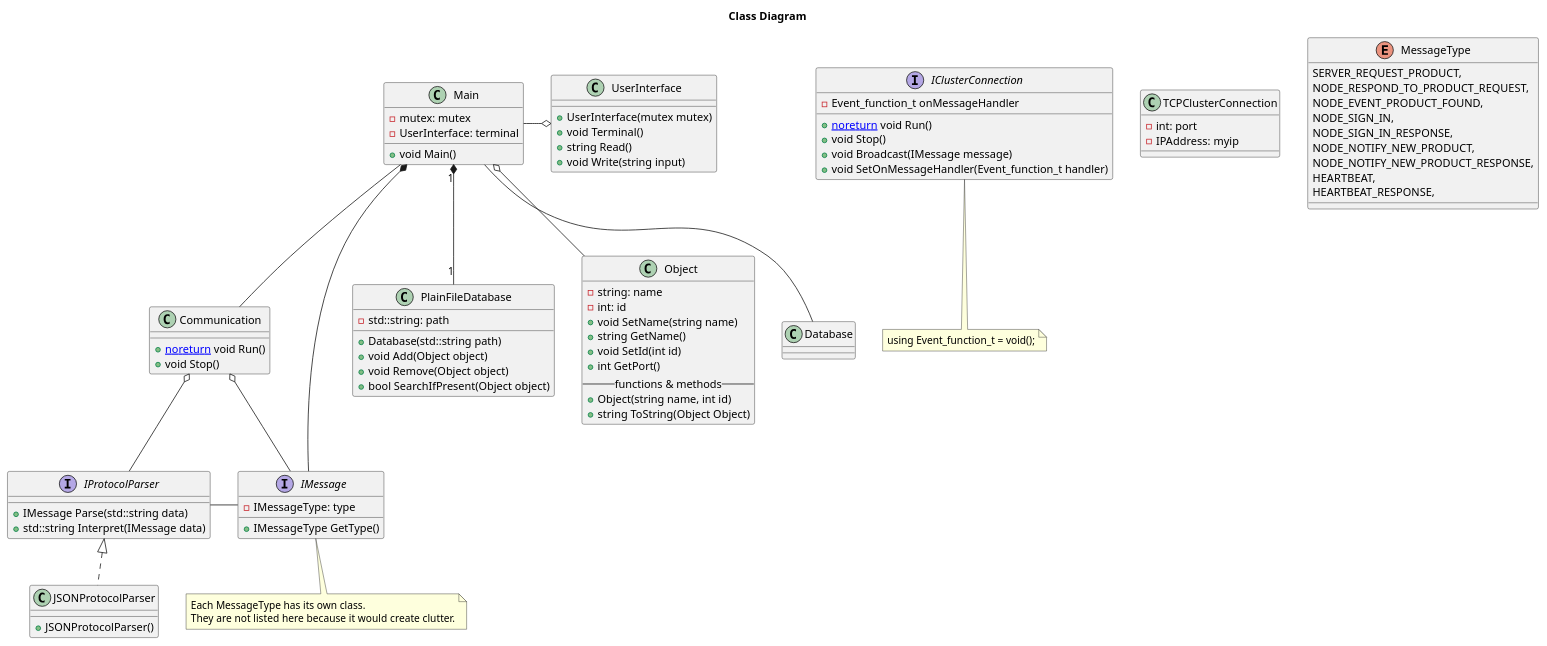
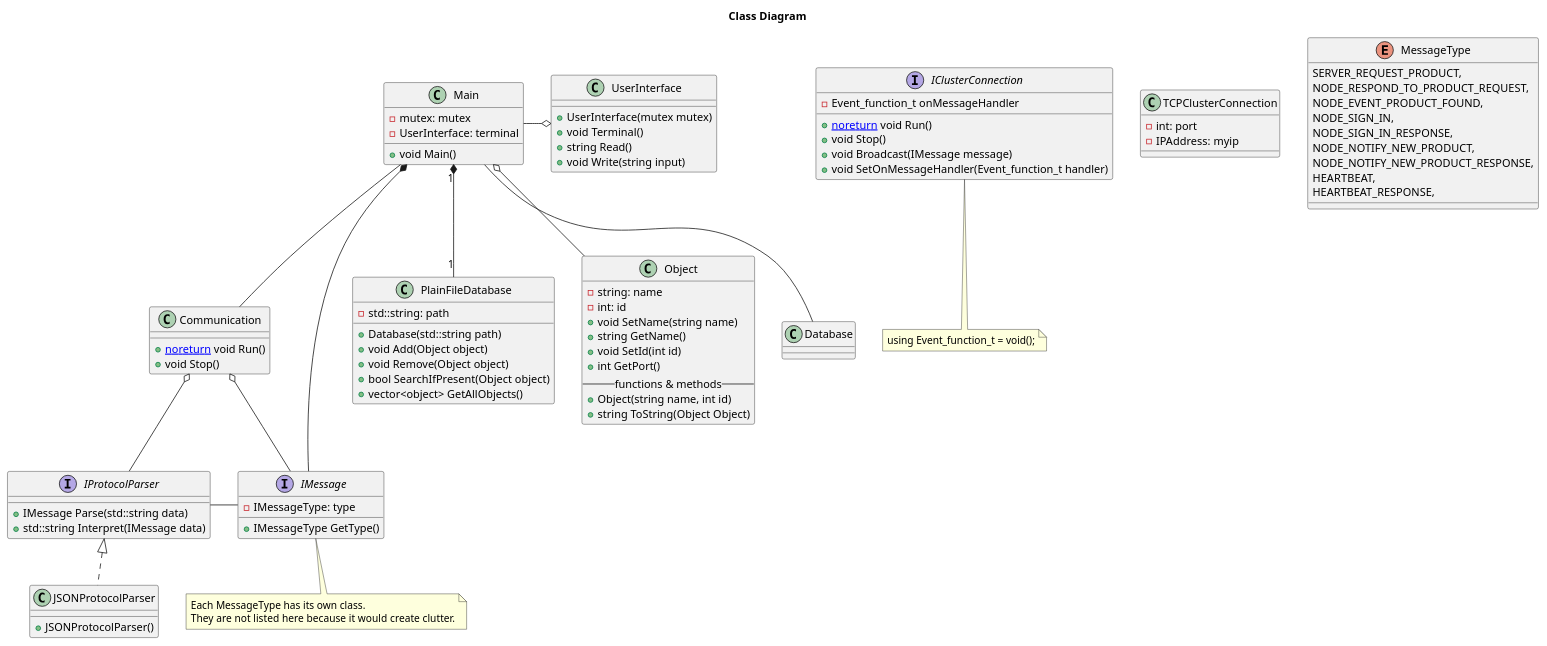
One commit to T3-FindIt/FindIt changed the diagram in Designs/Server Design/Design.wsd. Above: the diagram before and after it, drawn with PlantUML.

Commit message:
Finalized database class

```diff
--- a/Designs/Server Design/Design.wsd
+++ b/Designs/Server Design/Design.wsd
@@ -1,132 +1,133 @@
 @startuml ClassDiagram
 Title Class Diagram
 
 Class Communication
 {
     {method} + [[noreturn]] void Run()
     {method} + void Stop()
 }
 
 ' using Event_function_t = void();
 interface IClusterConnection
 {
     {field} - Event_function_t onMessageHandler
     {method} + [[noreturn]] void Run()
     {method} + void Stop()
     {method} + void Broadcast(IMessage message)
     ' {method} + void Send(IMessage message, IPAdress myip)
     {method} + void SetOnMessageHandler(Event_function_t handler)
 }
 
 note bottom of IClusterConnection
 using Event_function_t = void();
 end note
 
 class TCPClusterConnection
 {
     {field} - int: port
     {field} - IPAddress: myip
 }
 
 Class PlainFileDatabase
 {
     {field} - std::string: path
     {method} + Database(std::string path)
     {method} + void Add(Object object)
     {method} + void Remove(Object object)
     {method} + bool SearchIfPresent(Object object)
+    {method} + vector<object> GetAllObjects()
 }
 
 Class Object
 {
     {field} - string: name
     {field} - int: id
     ' {field} - string type
     {method} + void SetName(string name)
     {method} + string GetName()
     {method} + void SetId(int id)
     {method} + int GetPort()
     ' {method} + void SetType(string type)
     ' {method} + string GetType()
     -- functions & methods --
     {method} + Object(string name, int id)
     {method} + string ToString(Object Object)
 }
 
 enum MessageType
 {
     SERVER_REQUEST_PRODUCT,
     NODE_RESPOND_TO_PRODUCT_REQUEST,
     NODE_EVENT_PRODUCT_FOUND,
     NODE_SIGN_IN,
     NODE_SIGN_IN_RESPONSE,
     NODE_NOTIFY_NEW_PRODUCT,
     NODE_NOTIFY_NEW_PRODUCT_RESPONSE,
     HEARTBEAT,
     HEARTBEAT_RESPONSE,
 }
 
 interface IMessage
 {
     {field} - IMessageType: type
     {method} + IMessageType GetType()
 }
 
 note bottom of IMessage
 Each MessageType has its own class.
 They are not listed here because it would create clutter.
 end note
 
 interface IProtocolParser
 {
     {method} + IMessage Parse(std::string data)
     {method} + std::string Interpret(IMessage data)
 }
 
 Class JSONProtocolParser
 {
     {method} + JSONProtocolParser()
 }
 
 Class UserInterface
 {
     {method} + UserInterface(mutex mutex)
     {method} + void Terminal()
     {method} + string Read()
     {method} + void Write(string input)
 }
 
 Class Main
 {
     {field} - mutex: mutex
     {field} - UserInterface: terminal
     {method} + void Main()
 }
 
 Main "1" *-- "1" PlainFileDatabase
 
 ' EMPTY CLASSES
 ' END OF EMPYY CLASSES
 
 Main -o UserInterface
 Main o-- Object
 Main -- Database
 Main -- Communication
 Main *-- IMessage
 Communication o-- IMessage
 IProtocolParser <|.. JSONProtocolParser
 IProtocolParser - IMessage
 Communication o-- IProtocolParser
 
 ' Controller "1" o-- "1" WiFiHandler
 ' Controller "1" o-- "1" IMasterSlave
 ' Controller "1" o-- "1" JsonBuilder
 ' Controller "1" o-down- "1" IDipSwitch
 ' Controller "1" o-- "1" WebSocketHandler
 
 ' WiFiHandler "1" o-- "1" WiFiData
 ' WebSocketHandler "1" o-- "1" WebsocketData
 
 ' See if we should separate WebSocket & WiFi
 ' object opslaan als JSON objecten?
 @enduml
```
